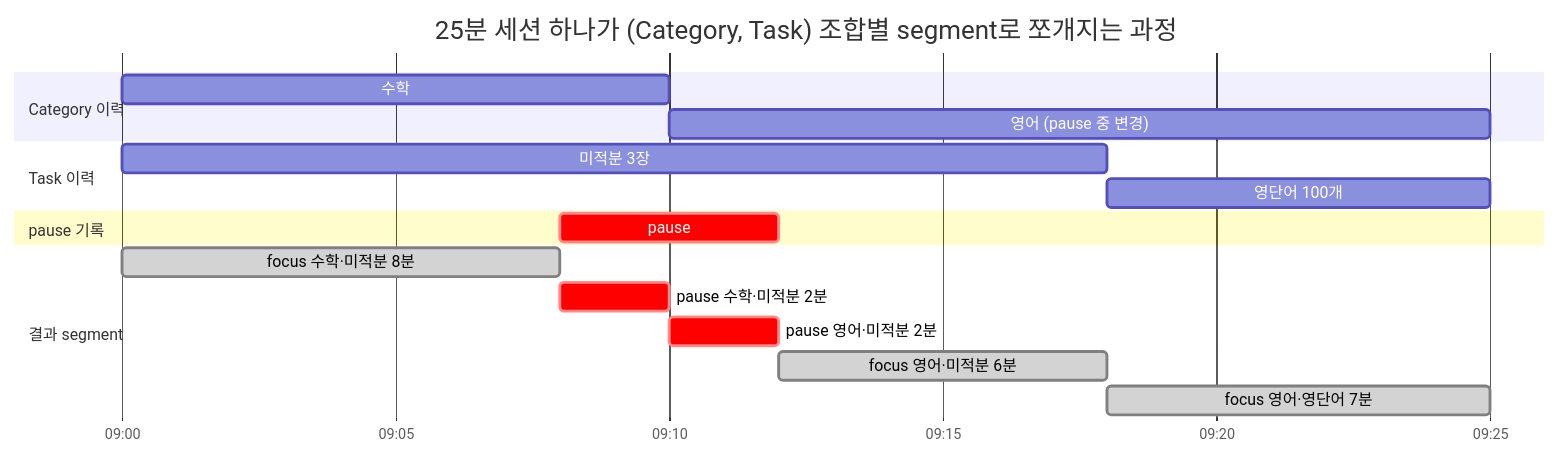
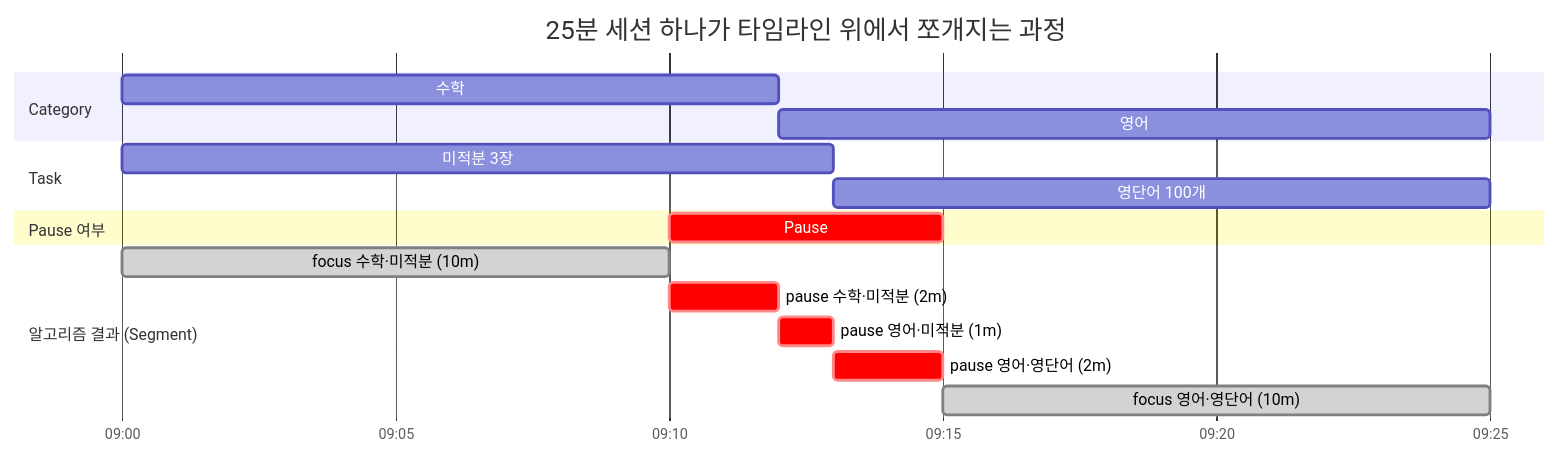
Before and after one commit to Yonghwan-Song/pomodoro-doc: the first of 5 diagrams in docs/problem-solving.mdx, drawn with Mermaid. The commit also changed other lines of this file and 2 other files, not shown here.

````diff
--- a/docs/problem-solving.mdx
+++ b/docs/problem-solving.mdx
@@ -564,24 +563,24 @@
 ```mermaid
 gantt
-    title 25분 세션 하나가 (Category, Task) 조합별 segment로 쪼개지는 과정
+    title 25분 세션 하나가 타임라인 위에서 쪼개지는 과정
     dateFormat HH:mm
     axisFormat %H:%M
 
-    section Category 이력
-    수학                  :a1, 09:00, 10m
-    영어 (pause 중 변경)   :a2, 09:10, 15m
+    section Category
+    수학                 :a1, 09:00, 12m
+    영어                 :a2, 09:12, 13m
 
-    section Task 이력
-    미적분 3장             :b1, 09:00, 18m
-    영단어 100개           :b2, 09:18, 7m
+    section Task
+    미적분 3장            :b1, 09:00, 13m
+    영단어 100개          :b2, 09:13, 12m
 
-    section pause 기록
-    pause                 :crit, c1, 09:08, 4m
+    section Pause 여부
+    Pause                :crit, c1, 09:10, 5m
 
-    section 결과 segment
-    focus 수학·미적분 8분    :done, d1, 09:00, 8m
-    pause 수학·미적분 2분    :crit, d2, 09:08, 2m
-    pause 영어·미적분 2분    :crit, d3, 09:10, 2m
-    focus 영어·미적분 6분    :done, d4, 09:12, 6m
-    focus 영어·영단어 7분    :done, d5, 09:18, 7m
+    section 알고리즘 결과 (Segment)
+    focus 수학·미적분 (10m)  :done, d1, 09:00, 10m
+    pause 수학·미적분 (2m)   :crit, d2, 09:10, 2m
+    pause 영어·미적분 (1m)   :crit, d3, 09:12, 1m
+    pause 영어·영단어 (2m)   :crit, d4, 09:13, 2m
+    focus 영어·영단어 (10m)  :done, d5, 09:15, 10m
 ```
````
